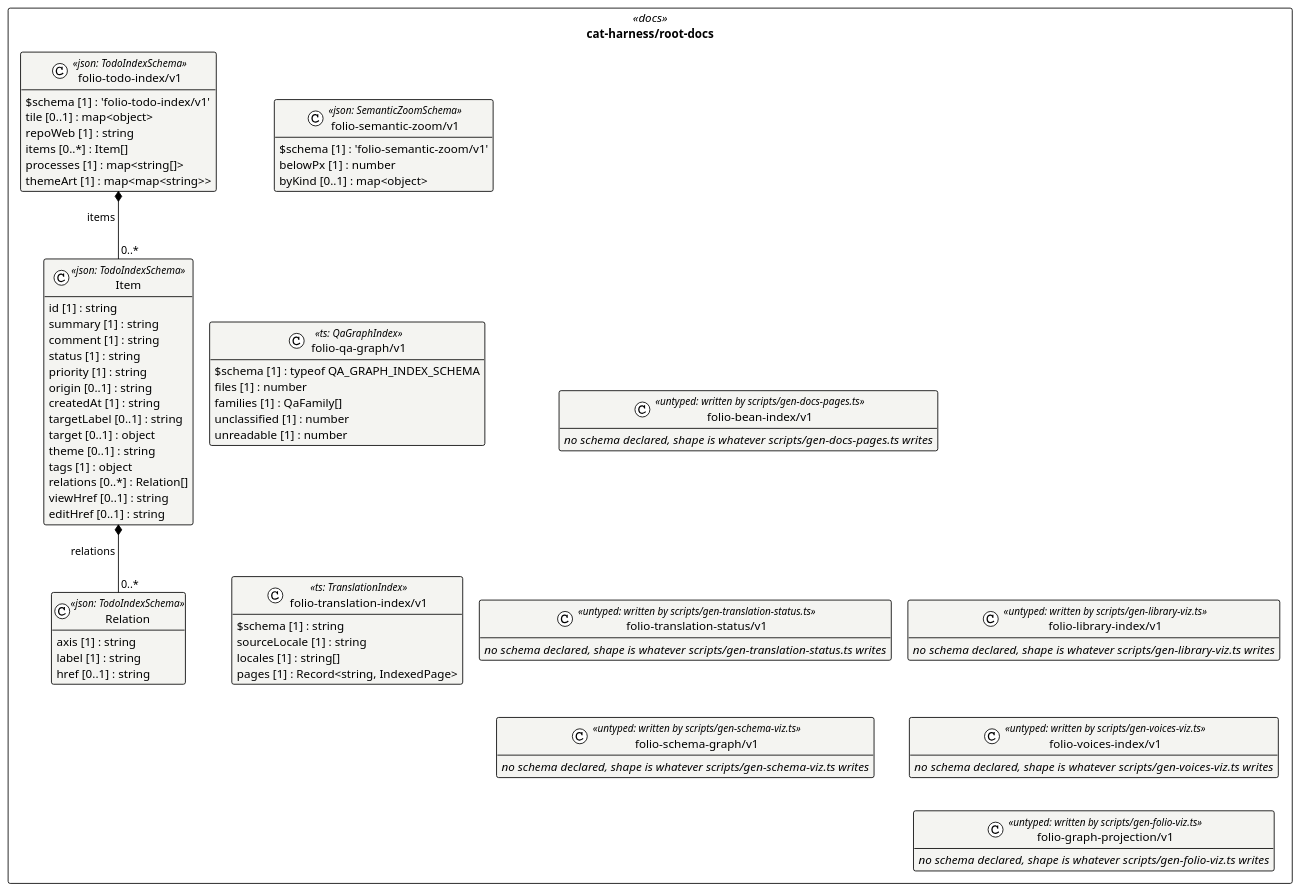
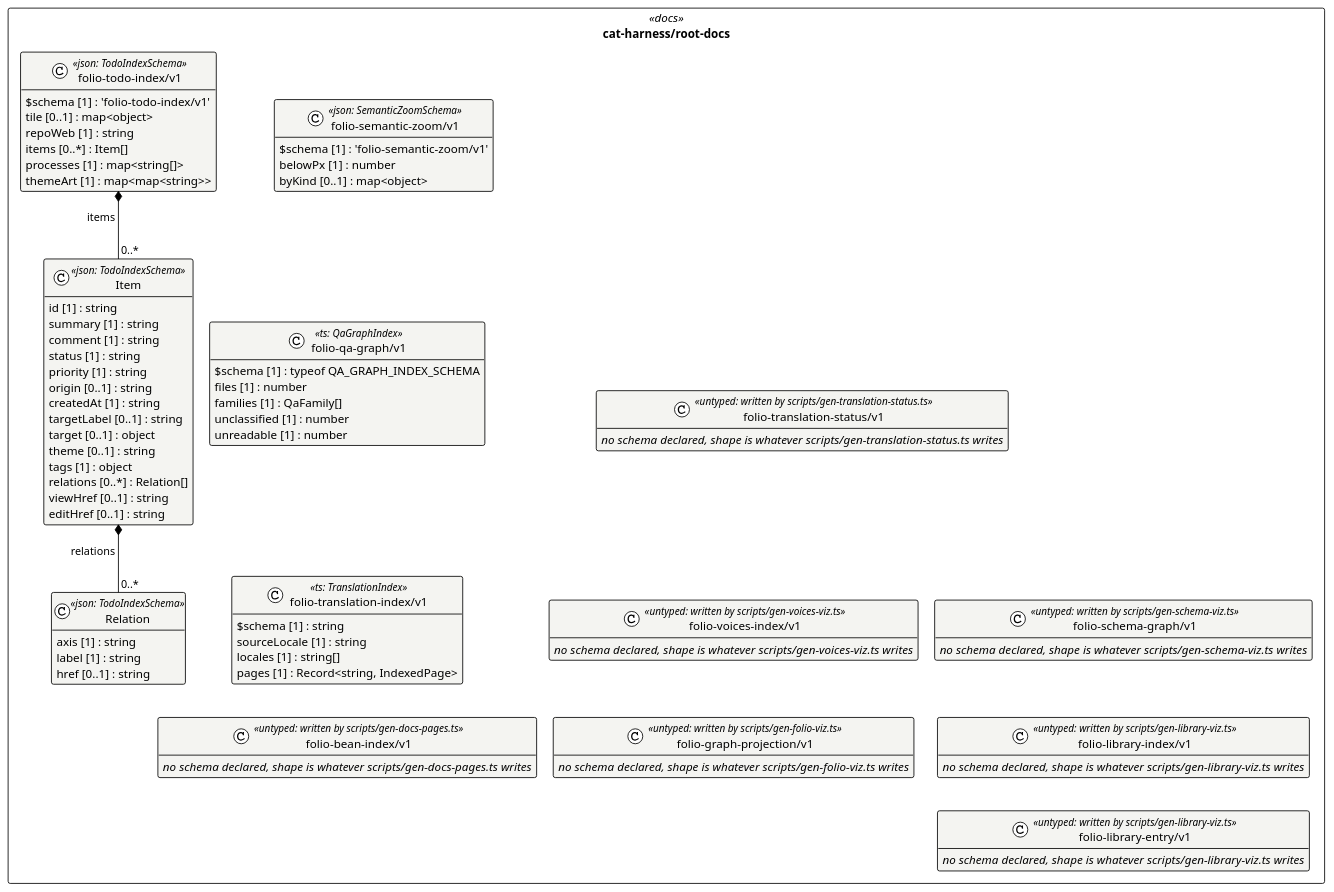
Before and after one commit to litlfred/folio-assistant: the diagram in cat-harness/uml/overview/cat-harness/root-docs.puml, drawn with PlantUML. The commit also changed 62 other files, not shown here.

```diff
--- a/cat-harness/uml/overview/cat-harness/root-docs.puml
+++ b/cat-harness/uml/overview/cat-harness/root-docs.puml
@@ -3,79 +3,82 @@
 @startuml cat_harness_root_docs
 !pragma layout elk
 !theme plain
 skinparam classAttributeIconSize 0
 skinparam shadowing false
 skinparam packageStyle rectangle
 hide empty methods
 
 package "cat-harness/root-docs" as pkg_cat_harness_root_docs <<docs>> {
   class "Relation" as cat_harness_root_docs_folio_todo_index_v1_Relation <<json: TodoIndexSchema>> #f4f4f1 {
     axis [1] : string
     label [1] : string
     href [0..1] : string
   }
   class "Item" as cat_harness_root_docs_folio_todo_index_v1_Item <<json: TodoIndexSchema>> #f4f4f1 {
     id [1] : string
     summary [1] : string
     comment [1] : string
     status [1] : string
     priority [1] : string
     origin [0..1] : string
     createdAt [1] : string
     targetLabel [0..1] : string
     target [0..1] : object
     theme [0..1] : string
     tags [1] : object
     relations [0..*] : Relation[]
     viewHref [0..1] : string
     editHref [0..1] : string
   }
   class "folio-todo-index/v1" as cat_harness_root_docs_folio_todo_index_v1_folio_todo_index_v1 <<json: TodoIndexSchema>> #f4f4f1 {
     $schema [1] : 'folio-todo-index/v1'
     tile [0..1] : map<object>
     repoWeb [1] : string
     items [0..*] : Item[]
     processes [1] : map<string[]>
     themeArt [1] : map<map<string>>
   }
   class "folio-semantic-zoom/v1" as cat_harness_root_docs_folio_semantic_zoom_v1_folio_semantic_zoom_v1 <<json: SemanticZoomSchema>> #f4f4f1 {
     $schema [1] : 'folio-semantic-zoom/v1'
     belowPx [1] : number
     byKind [0..1] : map<object>
   }
   class "folio-qa-graph/v1" as cat_harness_root_docs_folio_qa_graph_v1 <<ts: QaGraphIndex>> #f4f4f1 {
     $schema [1] : typeof QA_GRAPH_INDEX_SCHEMA
     files [1] : number
     families [1] : QaFamily[]
     unclassified [1] : number
     unreadable [1] : number
   }
   class "folio-translation-index/v1" as cat_harness_root_docs_folio_translation_index_v1 <<ts: TranslationIndex>> #f4f4f1 {
     $schema [1] : string
     sourceLocale [1] : string
     locales [1] : string[]
     pages [1] : Record<string, IndexedPage>
   }
   class "folio-bean-index/v1" as cat_harness_root_docs_folio_bean_index_v1 <<untyped: written by scripts/gen-docs-pages.ts>> #f4f4f1 {
     //no schema declared, shape is whatever scripts/gen-docs-pages.ts writes//
   }
   class "folio-translation-status/v1" as cat_harness_root_docs_folio_translation_status_v1 <<untyped: written by scripts/gen-translation-status.ts>> #f4f4f1 {
     //no schema declared, shape is whatever scripts/gen-translation-status.ts writes//
   }
   class "folio-schema-graph/v1" as cat_harness_root_docs_folio_schema_graph_v1 <<untyped: written by scripts/gen-schema-viz.ts>> #f4f4f1 {
     //no schema declared, shape is whatever scripts/gen-schema-viz.ts writes//
   }
   class "folio-library-index/v1" as cat_harness_root_docs_folio_library_index_v1 <<untyped: written by scripts/gen-library-viz.ts>> #f4f4f1 {
     //no schema declared, shape is whatever scripts/gen-library-viz.ts writes//
   }
+  class "folio-library-entry/v1" as cat_harness_root_docs_folio_library_entry_v1 <<untyped: written by scripts/gen-library-viz.ts>> #f4f4f1 {
+    //no schema declared, shape is whatever scripts/gen-library-viz.ts writes//
+  }
   class "folio-voices-index/v1" as cat_harness_root_docs_folio_voices_index_v1 <<untyped: written by scripts/gen-voices-viz.ts>> #f4f4f1 {
     //no schema declared, shape is whatever scripts/gen-voices-viz.ts writes//
   }
   class "folio-graph-projection/v1" as cat_harness_root_docs_folio_graph_projection_v1 <<untyped: written by scripts/gen-folio-viz.ts>> #f4f4f1 {
     //no schema declared, shape is whatever scripts/gen-folio-viz.ts writes//
   }
 }
 
 cat_harness_root_docs_folio_todo_index_v1_Item *-- "0..*" cat_harness_root_docs_folio_todo_index_v1_Relation : relations
 cat_harness_root_docs_folio_todo_index_v1_folio_todo_index_v1 *-- "0..*" cat_harness_root_docs_folio_todo_index_v1_Item : items
 @enduml
```
